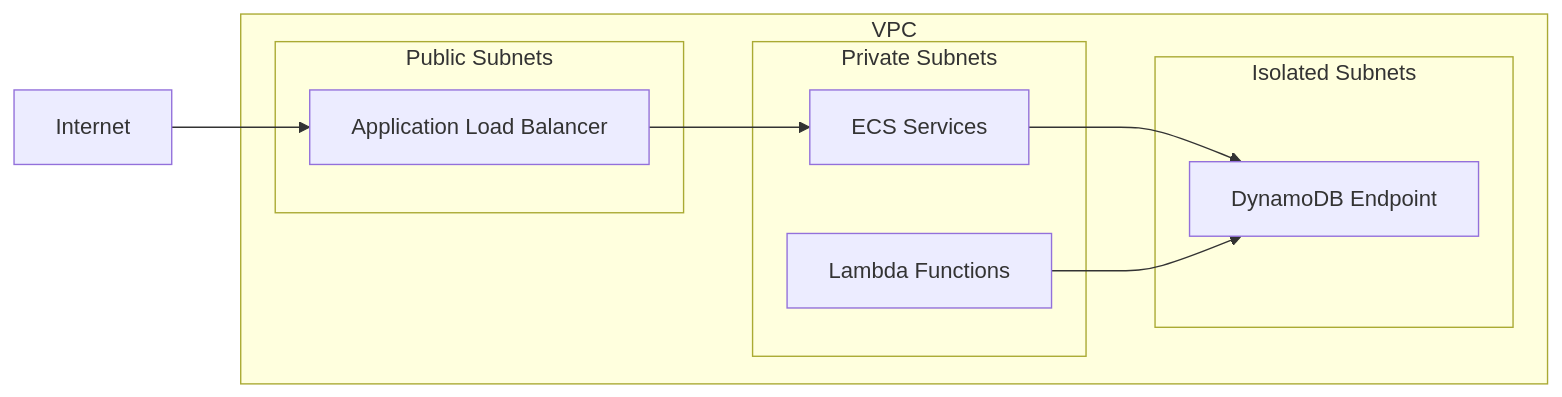
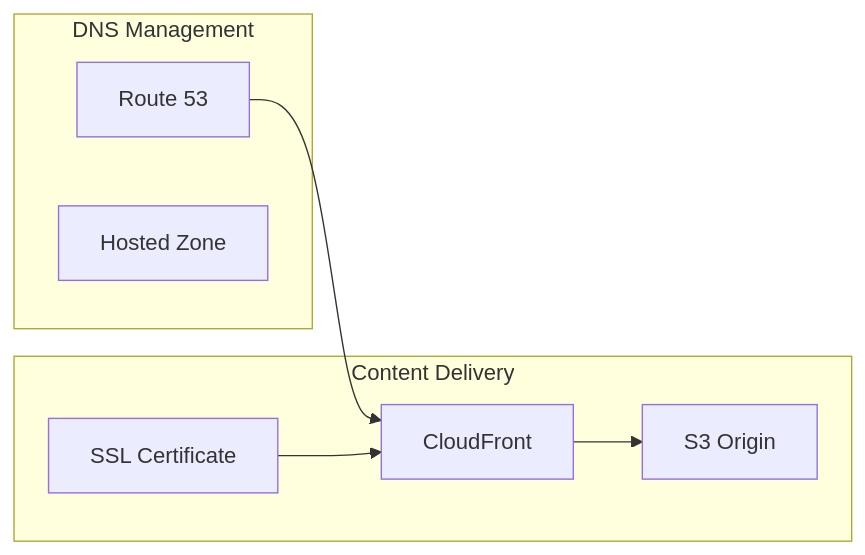
One commit to vivek9441/portfolio changed the third of 3 diagrams in README.md. Above: the diagram before and after it, drawn with Mermaid. The commit also changed other lines of this file, not shown here.

Commit message:
docs(readme): Update README to reflect architecture changes and add citation guidelines

````diff
--- a/README.md
+++ b/README.md
@@ -118,22 +126,17 @@
 ```mermaid
 graph LR
-    subgraph "VPC"
-        subgraph "Public Subnets"
-            ALB[Application Load Balancer]
-        end
-
-        subgraph "Private Subnets"
-            ECS[ECS Services]
-            LAMBDA[Lambda Functions]
-        end
-
-        subgraph "Isolated Subnets"
-            DB[DynamoDB Endpoint]
-        end
+    subgraph "DNS Management"
+        R53[Route 53]
+        ZONE[Hosted Zone]
     end
 
-    INTERNET[Internet] --> ALB
-    ALB --> ECS
-    ECS --> DB
-    LAMBDA --> DB
+    subgraph "Content Delivery"
+        CF[CloudFront]
+        S3[S3 Origin]
+        ACM[SSL Certificate]
+    end
+
+    R53 --> CF
+    CF --> S3
+    ACM --> CF
 ```
````
